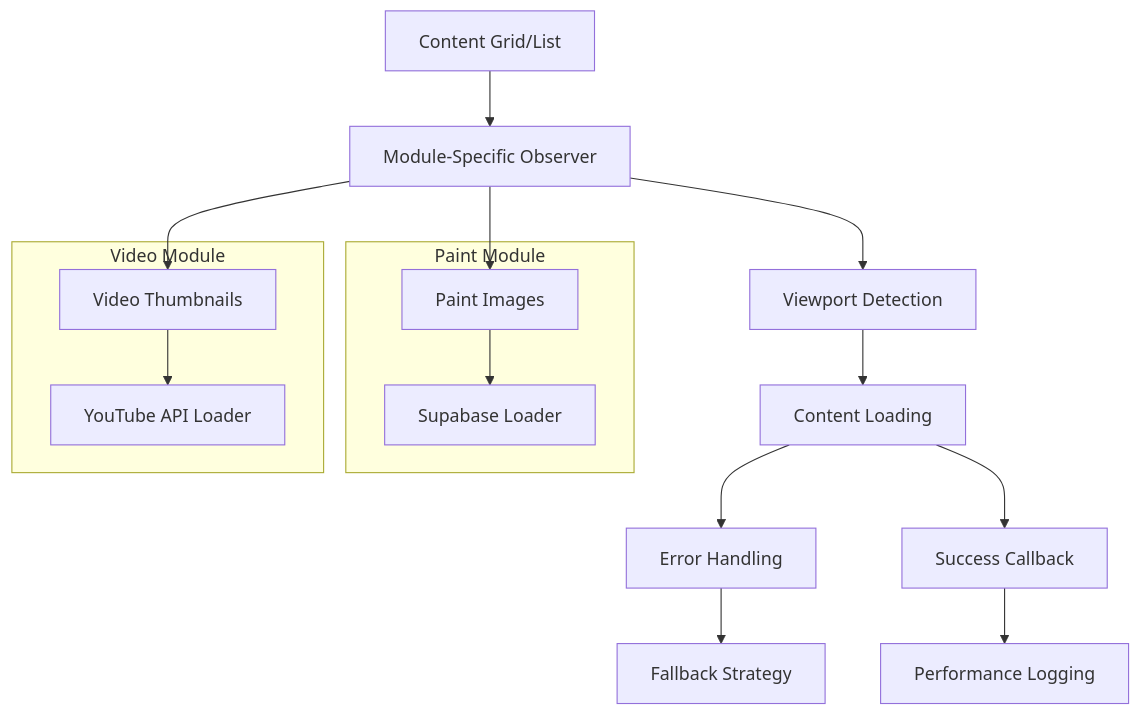
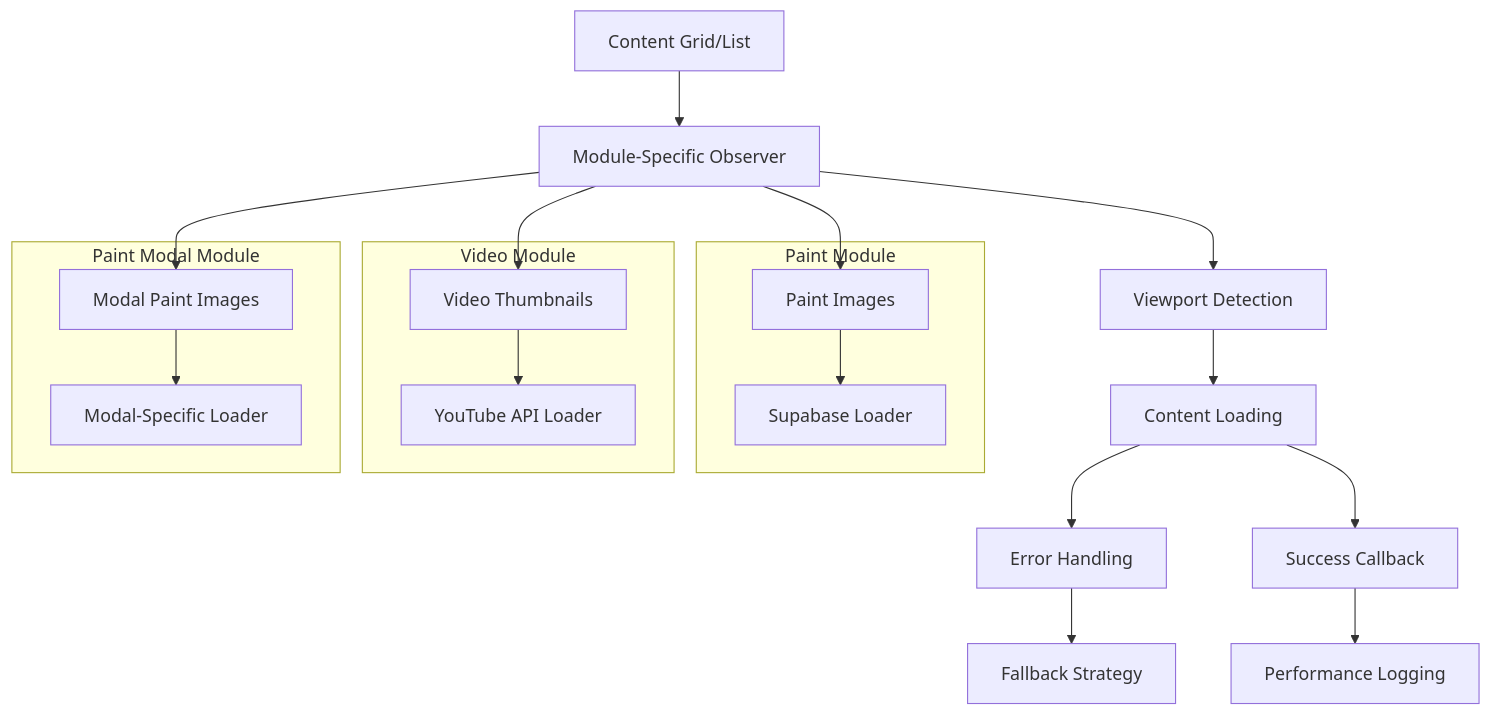
One commit to CALILU/print-and-paint-studio-app changed the diagram in docs/lazy-loading-implementation.md. Above: the diagram before and after it, drawn with Mermaid. The commit also changed other lines of this file and 5 other files, not shown here.

````diff
--- a/docs/lazy-loading-implementation.md
+++ b/docs/lazy-loading-implementation.md
@@ -16,21 +17,26 @@
 ```mermaid
 graph TD
     A[Content Grid/List] --> B[Module-Specific Observer]
     B --> C[Viewport Detection]
     C --> D[Content Loading]
     D --> E[Error Handling]
     D --> F[Success Callback]
     E --> G[Fallback Strategy]
     F --> H[Performance Logging]
     
     subgraph "Paint Module"
         I[Paint Images] --> J[Supabase Loader]
     end
     
     subgraph "Video Module"
         K[Video Thumbnails] --> L[YouTube API Loader]
     end
     
+    subgraph "Paint Modal Module"
+        M[Modal Paint Images] --> N[Modal-Specific Loader]
+    end
+    
     B --> I
     B --> K
+    B --> M
 ```
````
